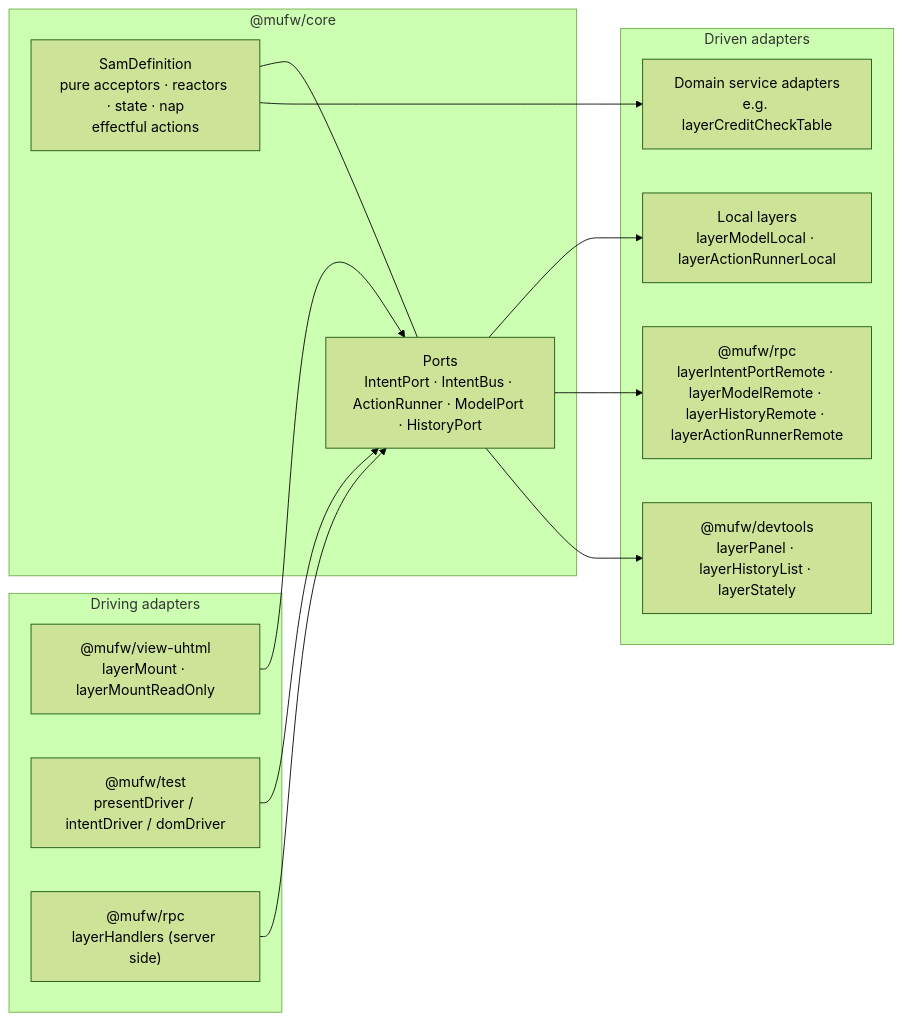
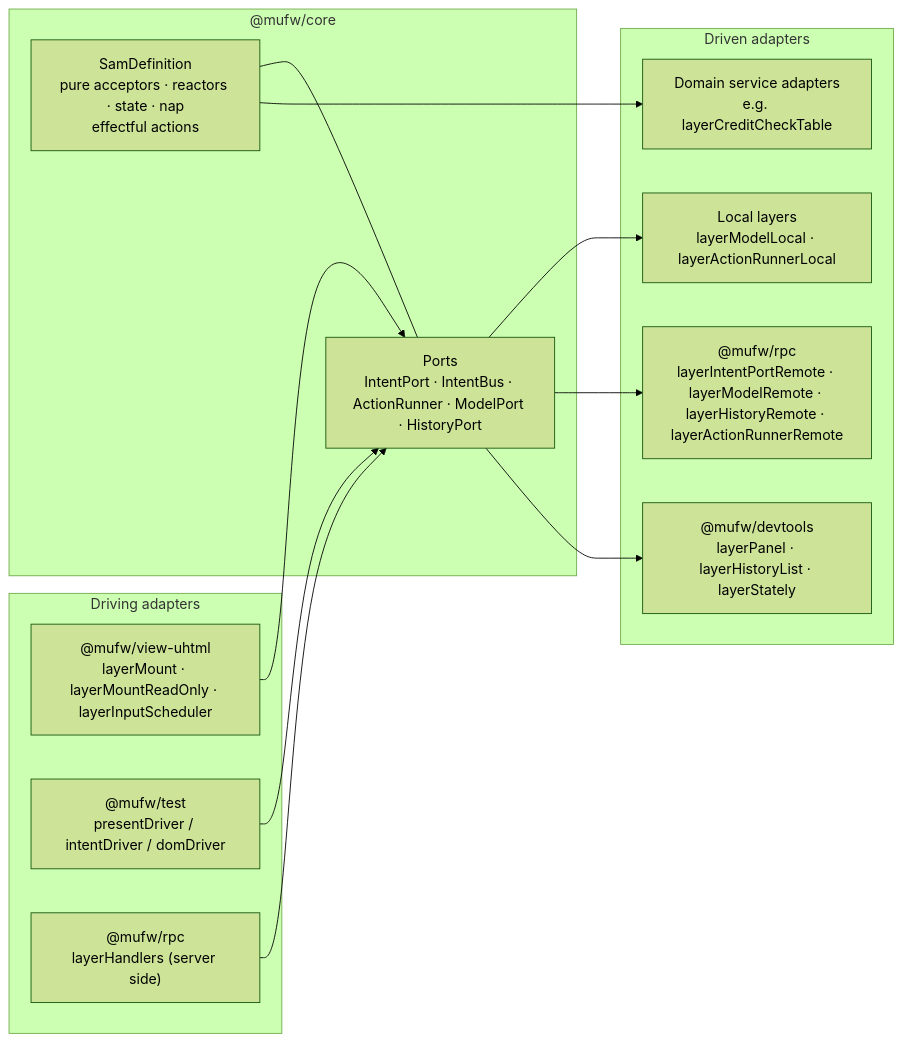
The first of 2 diagrams in docs/ARCHITECTURE.md (Trebh/microfw), drawn with Mermaid (forest theme) before and after one commit. The commit also changed other lines of this file and 35 other files, not shown here.

First line of the commit message:
Close the performance gaps: sync off the core entry, input scheduler, history bounded by size

````diff
--- a/docs/ARCHITECTURE.md
+++ b/docs/ARCHITECTURE.md
@@ -15,26 +15,26 @@
 ```mermaid
 flowchart LR
   subgraph Driving adapters
-    View["@mufw/view-uhtml<br/>layerMount · layerMountReadOnly"]
+    View["@mufw/view-uhtml<br/>layerMount · layerMountReadOnly · layerInputScheduler"]
     Drivers["@mufw/test<br/>presentDriver / intentDriver / domDriver"]
     Handlers["@mufw/rpc<br/>layerHandlers (server side)"]
   end
   subgraph Core["@mufw/core"]
     Def["SamDefinition<br/>pure acceptors · reactors · state · nap<br/>effectful actions"]
     Ports["Ports<br/>IntentPort · IntentBus · ActionRunner · ModelPort · HistoryPort"]
     Def --- Ports
   end
   subgraph Driven adapters
     Local["Local layers<br/>layerModelLocal · layerActionRunnerLocal"]
     Remote["@mufw/rpc<br/>layerIntentPortRemote · layerModelRemote · layerHistoryRemote · layerActionRunnerRemote"]
     Domain["Domain service adapters<br/>e.g. layerCreditCheckTable"]
     Devtools["@mufw/devtools<br/>layerPanel · layerHistoryList · layerStately"]
   end
   View --> Ports
   Drivers --> Ports
   Handlers --> Ports
   Ports --> Local
   Ports --> Remote
   Def --> Domain
   Ports --> Devtools
 ```
````
